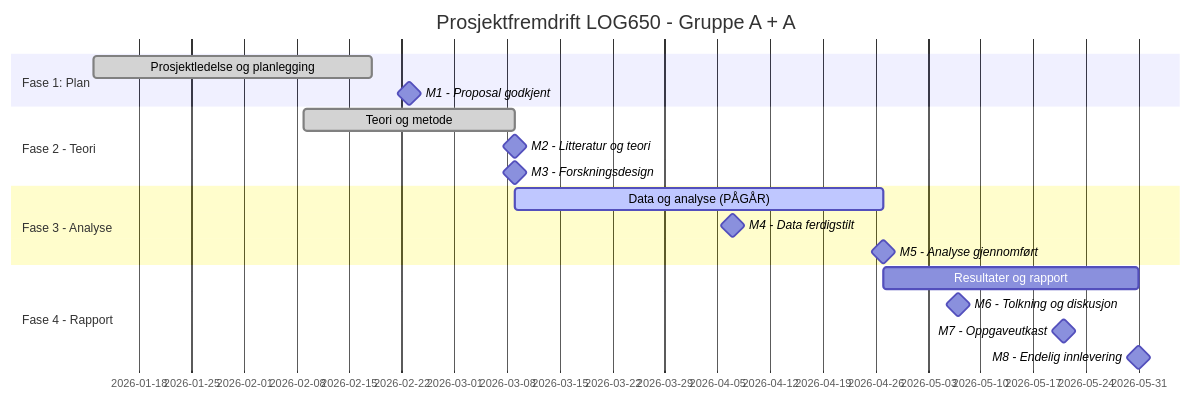
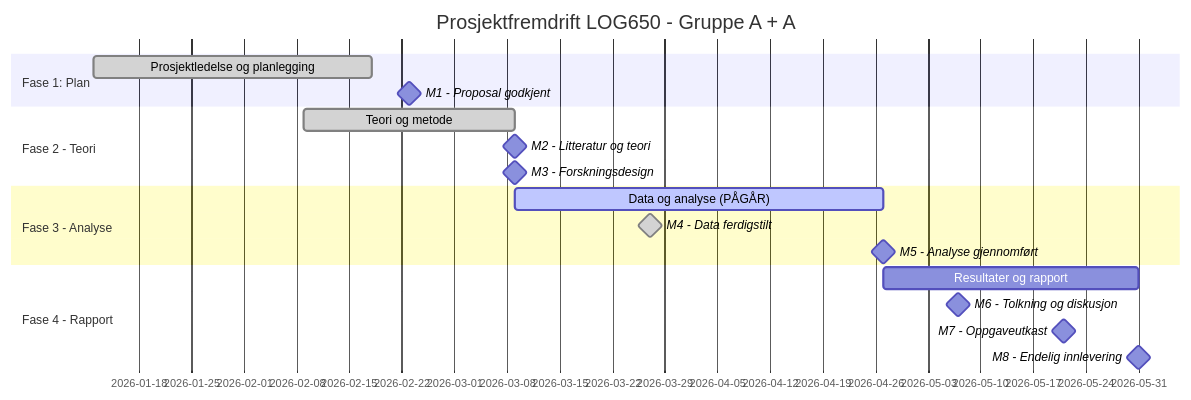
The diagram in 012 fase 2 - plan/status.md (LOG650/G02-a-pluss-a), drawn with Mermaid before and after one commit. The commit also changed other lines of this file and 2 other files, not shown here.

````diff
--- a/012 fase 2 - plan/status.md
+++ b/012 fase 2 - plan/status.md
@@ -21,21 +21,21 @@
 ```mermaid
 gantt
     title Prosjektfremdrift LOG650 - Gruppe A + A
     dateFormat  YYYY-MM-DD
     section Fase 1: Plan
     Prosjektledelse og planlegging :done, 2026-01-12, 2026-02-18
     M1 - Proposal godkjent :milestone, 2026-02-23, 0d
     section Fase 2 - Teori
     Teori og metode :done, 2026-02-09, 2026-03-09
     M2 - Litteratur og teori :milestone, 2026-03-09, 0d
     M3 - Forskningsdesign :milestone, 2026-03-09, 0d
     section Fase 3 - Analyse
     Data og analyse (PÅGÅR) :active, 2026-03-09, 2026-04-27
-    M4 - Data ferdigstilt :milestone, 2026-04-07, 0d
+    M4 - Data ferdigstilt :done, milestone, 2026-03-27, 0d
     M5 - Analyse gjennomført :milestone, 2026-04-27, 0d
     section Fase 4 - Rapport
     Resultater og rapport : 2026-04-27, 2026-05-31
     M6 - Tolkning og diskusjon :milestone, 2026-05-07, 0d
     M7 - Oppgaveutkast :milestone, 2026-05-21, 0d
     M8 - Endelig innlevering :milestone, 2026-05-31, 0d
 ```
````
